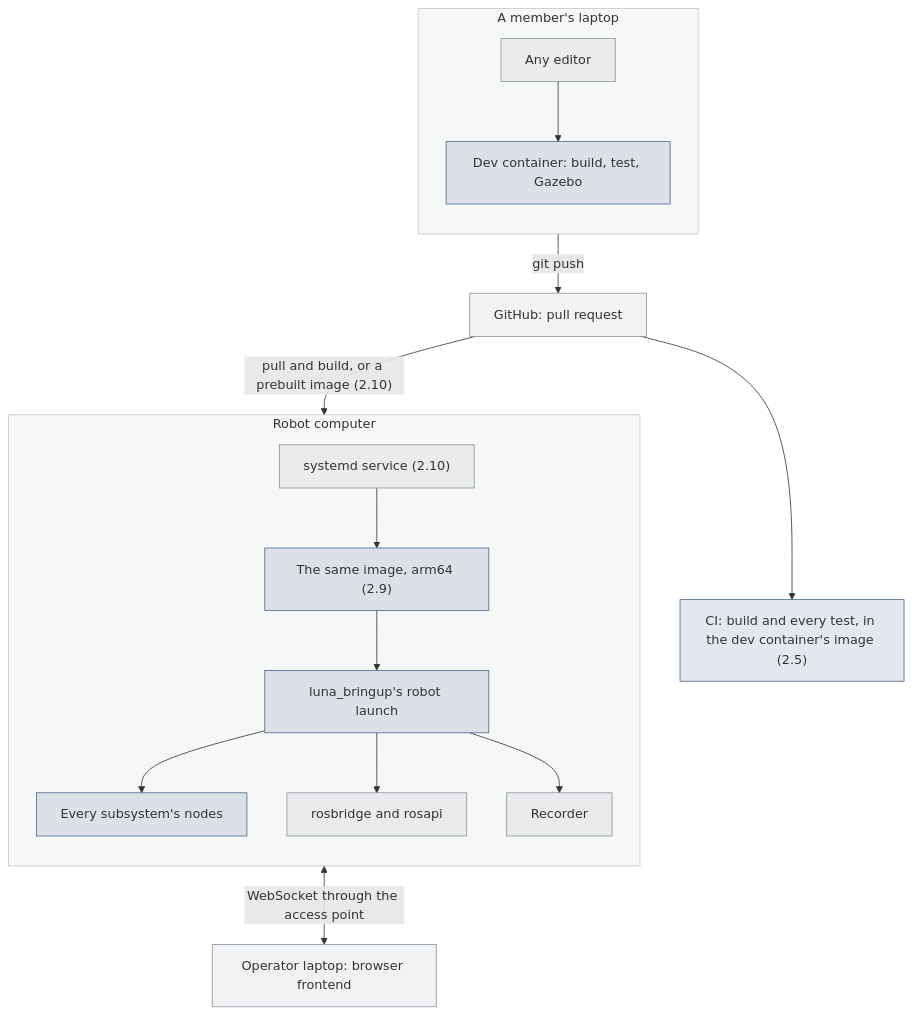
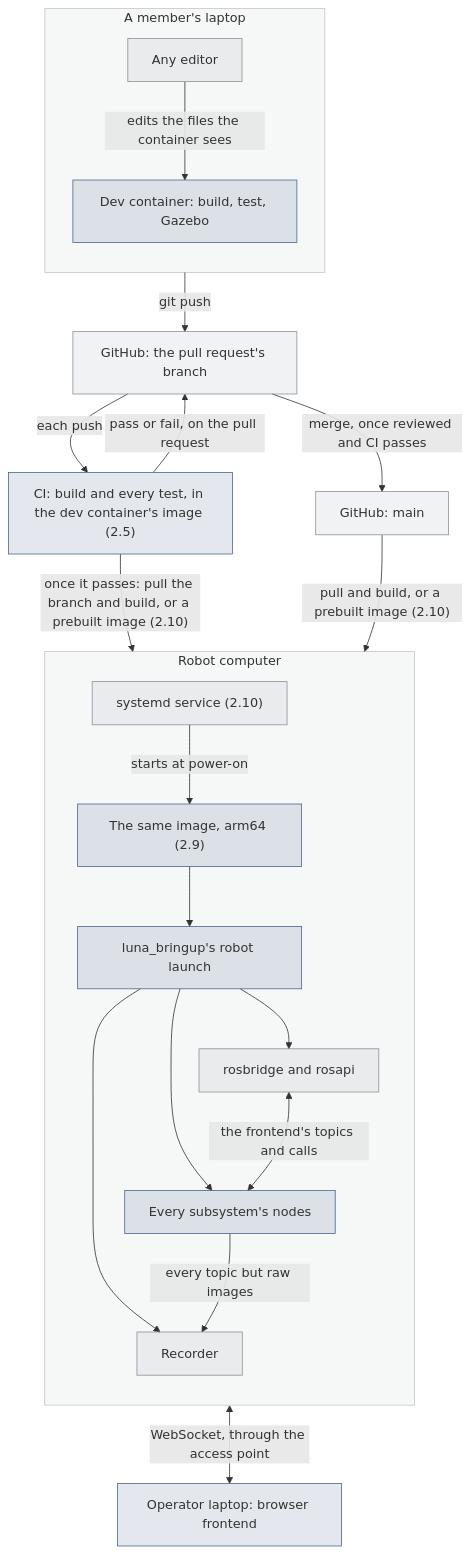
One commit to STAR-Robotics-Team/starrt-luna-software changed the first of 2 diagrams in docs/design/platform.md. Above: the diagram before and after it, drawn with Mermaid. The commit also changed other lines of this file and 25 other files, not shown here.

````diff
--- a/docs/design/platform.md
+++ b/docs/design/platform.md
@@ -170,40 +183,47 @@
 ```mermaid
 ---
 config:
   flowchart:
     wrappingWidth: 220
 ---
 flowchart TB
   subgraph dev["A member's laptop"]
     direction TB
     editor["Any editor"]
     devc["Dev container: build, test, Gazebo"]
   end
-  gh["GitHub: pull request"]
+  pr["GitHub: the pull request's branch"]
   ci["CI: build and every test, in the dev container's image (2.5)"]
+  main["GitHub: main"]
   subgraph robot["Robot computer"]
     direction TB
     sd["systemd service (2.10)"]
     rc["The same image, arm64 (2.9)"]
     bring["luna_bringup's robot launch"]
     nodes["Every subsystem's nodes"]
     rb["rosbridge and rosapi"]
     rec["Recorder"]
-    sd --> rc --> bring
+    sd -->|"starts at power-on"| rc
+    rc --> bring
     bring --> nodes
     bring --> rb
     bring --> rec
+    rb <-->|"the frontend's topics and calls"| nodes
+    nodes -->|"every topic but raw images"| rec
   end
   op["Operator laptop: browser frontend"]
-  editor --> devc
-  devc -->|"git push"| gh
-  gh --> ci
-  gh -->|"pull and build, or a prebuilt image (2.10)"| rc
-  rb <-->|"WebSocket through the access point"| op
+  editor -->|"edits the files the container sees"| devc
+  devc -->|"git push"| pr
+  pr -->|"each push"| ci
+  ci -->|"pass or fail, on the pull request"| pr
+  ci -->|"once it passes: pull the branch and build, or a prebuilt image (2.10)"| rc
+  pr -->|"merge, once reviewed and CI passes"| main
+  main -->|"pull and build, or a prebuilt image (2.10)"| rc
+  rb <-->|"WebSocket, through the access point"| op
   classDef ours fill:#4c669026,stroke:#4c6690
   classDef ros fill:#8b939c1f,stroke:#8b939c
-  class devc,ci,rc,bring,nodes ours
-  class rb,rec,sd,gh,editor,op ros
+  class devc,ci,rc,bring,nodes,op ours
+  class rb,rec,sd,pr,main,editor ros
   style dev fill:#8b939c14,stroke:#8b939c80
   style robot fill:#8b939c14,stroke:#8b939c80
 ```
````
